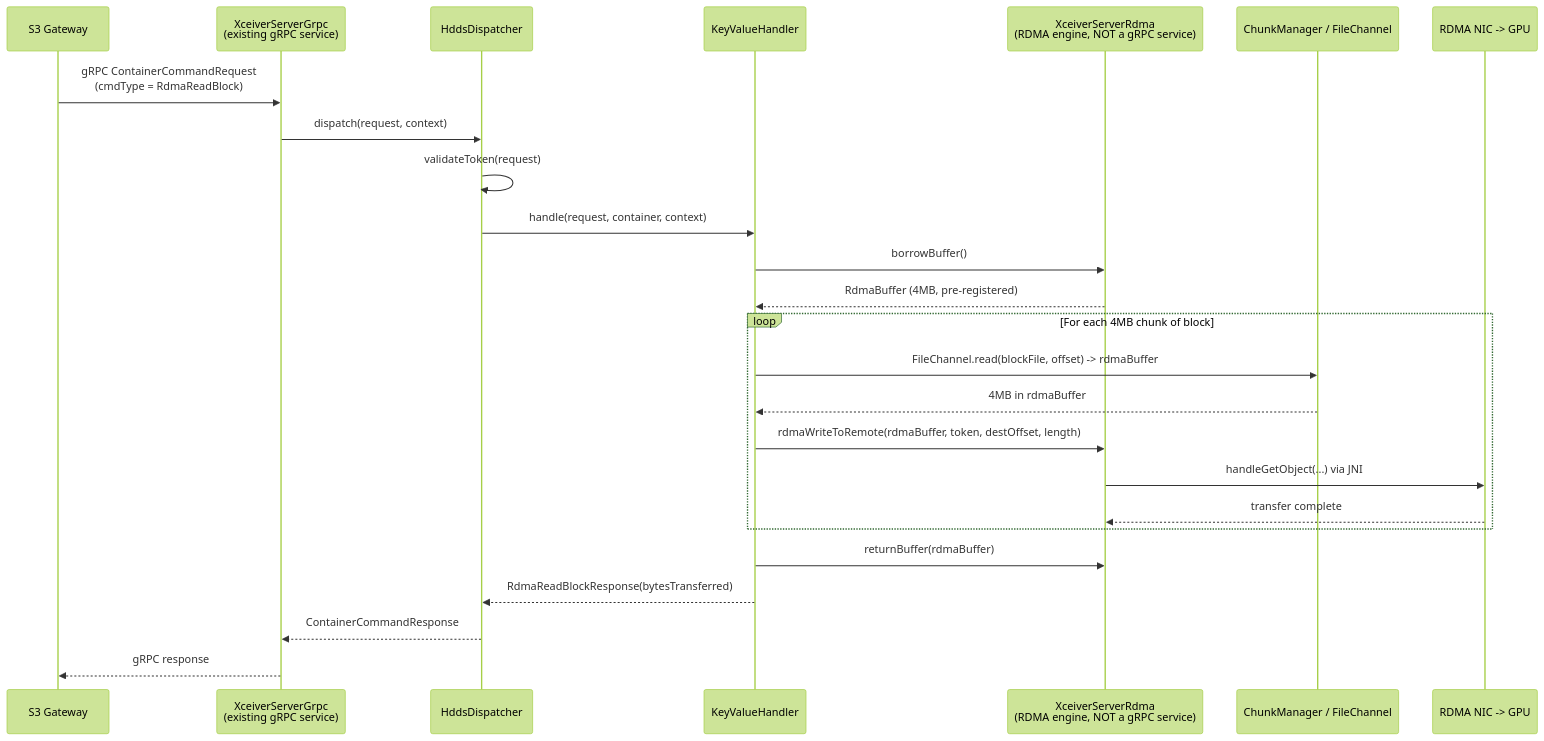
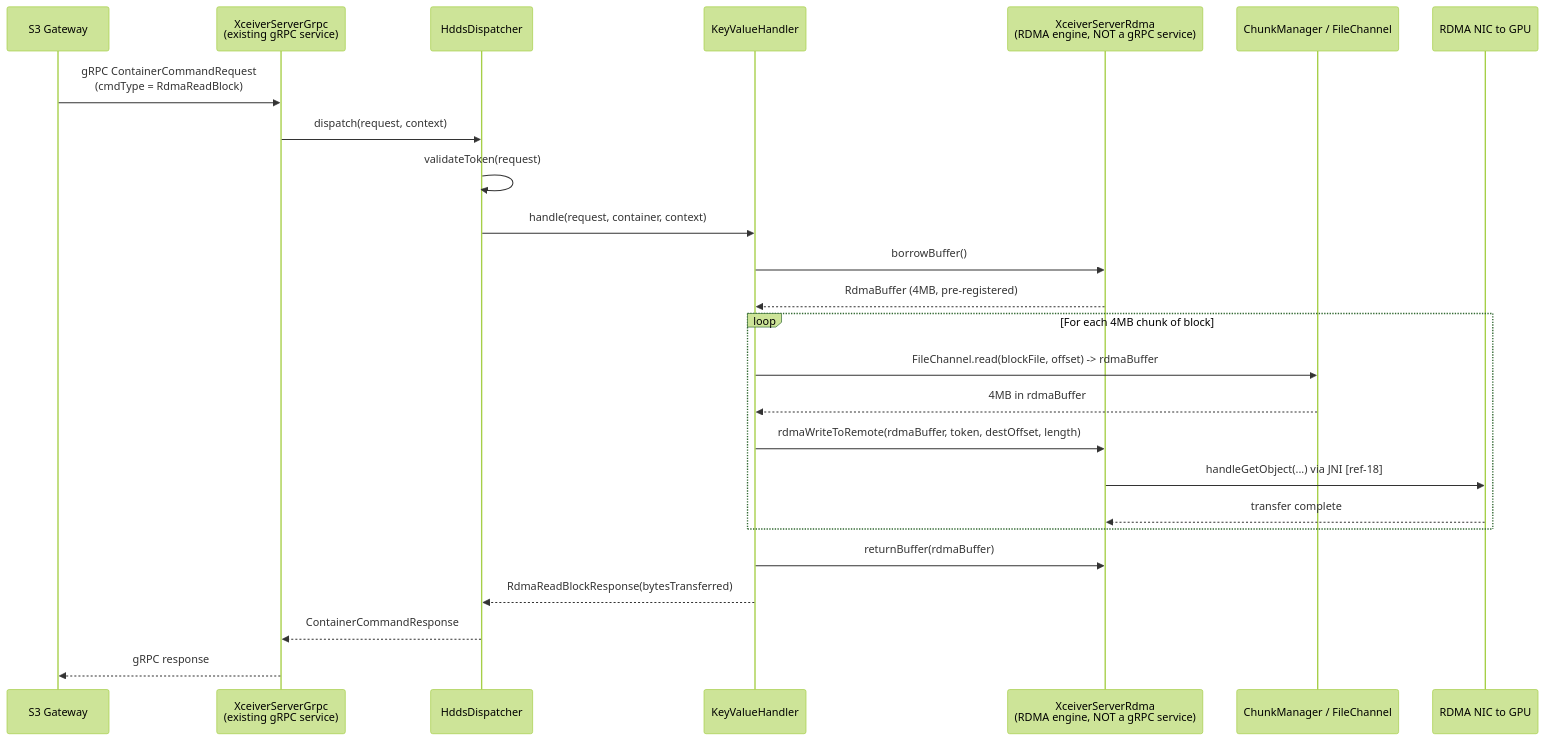
Before and after one commit to ptlrs/ozone: the seventh of 17 diagrams in docs/gds-dn-direct-rdma-implementation-spec.md, drawn with Mermaid (forest theme). The commit also changed other lines of this file, not shown here.

Commit message:
GPUDIRECT. Update GPUDirect Storage spec to version 3.0 with phased S3 GET RDMA integration details

````diff
--- a/docs/gds-dn-direct-rdma-implementation-spec.md
+++ b/docs/gds-dn-direct-rdma-implementation-spec.md
@@ -425,29 +462,30 @@
 ```mermaid
 sequenceDiagram
   participant GW as S3 Gateway
   participant GRPC as XceiverServerGrpc<br/>(existing gRPC service)
   participant Disp as HddsDispatcher
   participant KVH as KeyValueHandler
   participant RDMA as XceiverServerRdma<br/>(RDMA engine, NOT a gRPC service)
   participant Disk as ChunkManager / FileChannel
-  participant NIC as RDMA NIC -> GPU
+  participant NIC as RDMA NIC to GPU
+
   GW ->> GRPC: gRPC ContainerCommandRequest<br/>(cmdType = RdmaReadBlock)
   GRPC ->> Disp: dispatch(request, context)
   Disp ->> Disp: validateToken(request)
   Disp ->> KVH: handle(request, container, context)
   KVH ->> RDMA: borrowBuffer()
   RDMA -->> KVH: RdmaBuffer (4MB, pre-registered)
 
   loop For each 4MB chunk of block
     KVH ->> Disk: FileChannel.read(blockFile, offset) -> rdmaBuffer
     Disk -->> KVH: 4MB in rdmaBuffer
     KVH ->> RDMA: rdmaWriteToRemote(rdmaBuffer, token, destOffset, length)
-    RDMA ->> NIC: handleGetObject(...) via JNI
+    RDMA ->> NIC: handleGetObject(...) via JNI [ref-18]
     NIC -->> RDMA: transfer complete
   end
 
   KVH ->> RDMA: returnBuffer(rdmaBuffer)
   KVH -->> Disp: RdmaReadBlockResponse(bytesTransferred)
   Disp -->> GRPC: ContainerCommandResponse
   GRPC -->> GW: gRPC response
 ```
````
